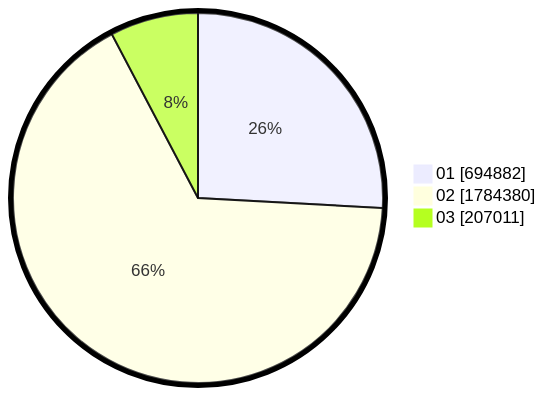
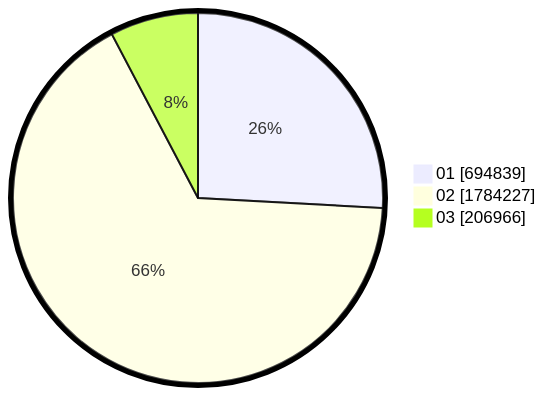
One commit to gigit-pemilu/pemilu-2024 changed the second of 2 diagrams in pilpres/hitung-suara/sub/table-wilayah-52.md. Above: the diagram before and after it, drawn with Mermaid. The commit also changed other lines of this file and 6 other files, not shown here.

````diff
--- a/pilpres/hitung-suara/sub/table-wilayah-52.md
+++ b/pilpres/hitung-suara/sub/table-wilayah-52.md
@@ -15,7 +15,7 @@
 ```mermaid
 %%{init: {"pie": {"textPosition": 0.5}, "themeVariables": {"pieOuterStrokeWidth": "5px"}} }%%
 pie showData
-    "01" : 694882
-    "02" : 1784380
-    "03" : 207011
+    "01" : 694839
+    "02" : 1784227
+    "03" : 206966
 ```
````
